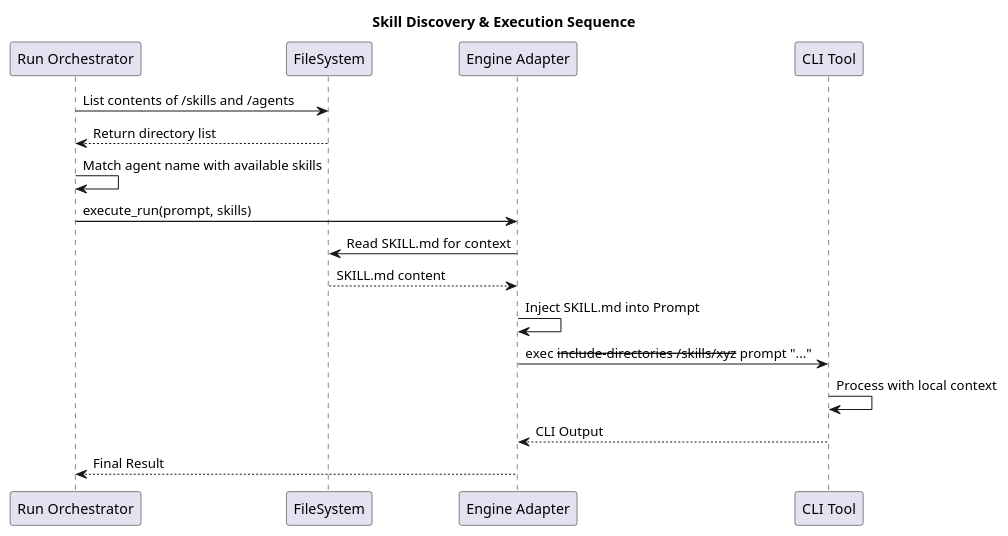
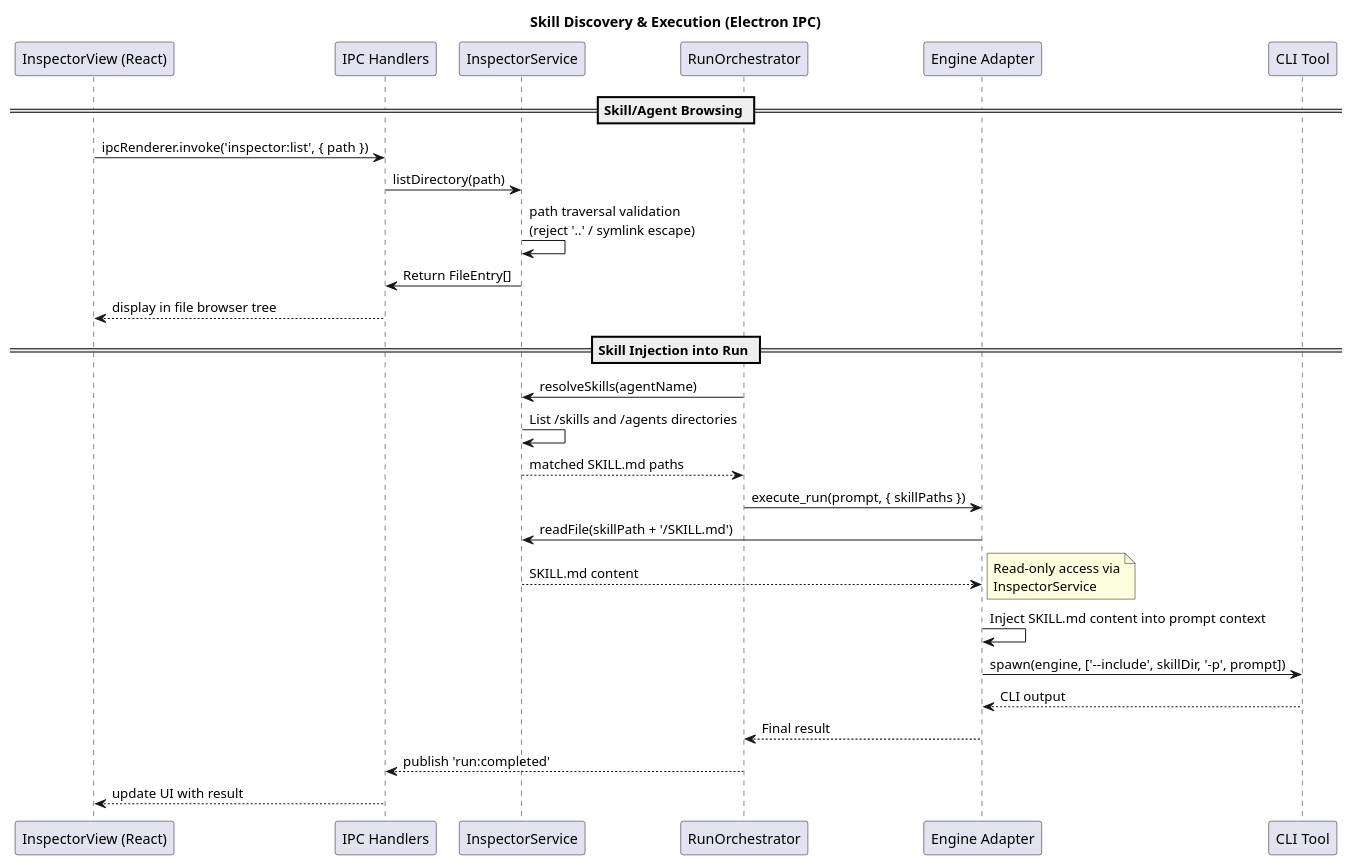
Before and after one commit to kim57uak/custom-codex-agent: the diagram in document/skill_discovery_flow.puml, drawn with PlantUML. The commit also changed 137 other files, not shown here.

```diff
--- a/document/skill_discovery_flow.puml
+++ b/document/skill_discovery_flow.puml
@@ -1,22 +1,35 @@
 @startuml
-title Skill Discovery & Execution Sequence
+title Skill Discovery & Execution (Electron IPC)
 
-participant "Run Orchestrator" as ORC
-participant "FileSystem" as FS
+participant "InspectorView (React)" as VIEW
+participant "IPC Handlers" as IPC
+participant "InspectorService" as IS
+participant "RunOrchestrator" as RO
 participant "Engine Adapter" as ADAPT
 participant "CLI Tool" as CLI
 
-ORC -> FS: List contents of /skills and /agents
-FS --> ORC: Return directory list
-ORC -> ORC: Match agent name with available skills
+== Skill/Agent Browsing ==
+VIEW -> IPC: ipcRenderer.invoke('inspector:list', { path })
+IPC -> IS: listDirectory(path)
+IS -> IS: path traversal validation\n(reject '..' / symlink escape)
+IS -> IPC: Return FileEntry[]
+IPC --> VIEW: display in file browser tree
 
-ORC -> ADAPT: execute_run(prompt, skills)
-ADAPT -> FS: Read SKILL.md for context
-FS --> ADAPT: SKILL.md content
+== Skill Injection into Run ==
+RO -> IS: resolveSkills(agentName)
+IS -> IS: List /skills and /agents directories
+IS --> RO: matched SKILL.md paths
 
-ADAPT -> ADAPT: Inject SKILL.md into Prompt
-ADAPT -> CLI: exec --include-directories /skills/xyz --prompt "..."
-CLI -> CLI: Process with local context
-CLI --> ADAPT: CLI Output
-ADAPT --> ORC: Final Result
+RO -> ADAPT: execute_run(prompt, { skillPaths })
+ADAPT -> IS: readFile(skillPath + '/SKILL.md')
+IS --> ADAPT: SKILL.md content
+note right: Read-only access via\nInspectorService
+
+ADAPT -> ADAPT: Inject SKILL.md content into prompt context
+ADAPT -> CLI: spawn(engine, ['--include', skillDir, '-p', prompt])
+CLI --> ADAPT: CLI output
+ADAPT --> RO: Final result
+RO --> IPC: publish 'run:completed'
+IPC --> VIEW: update UI with result
+
 @enduml
```
